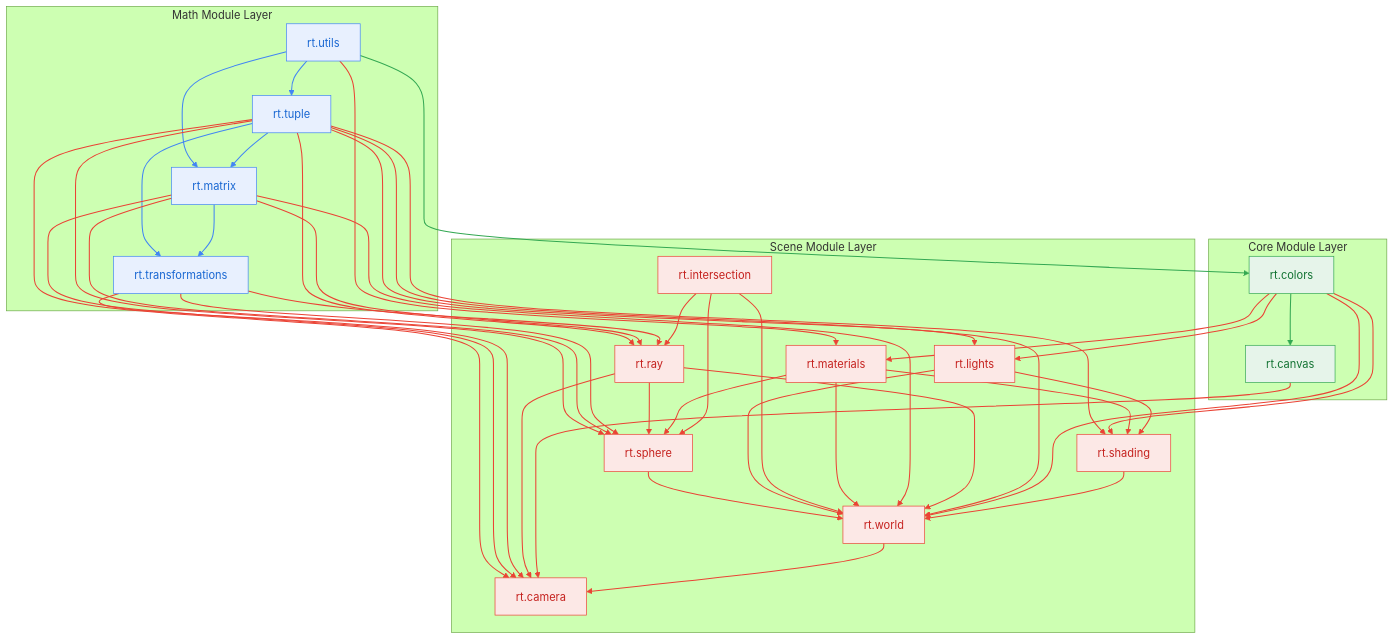
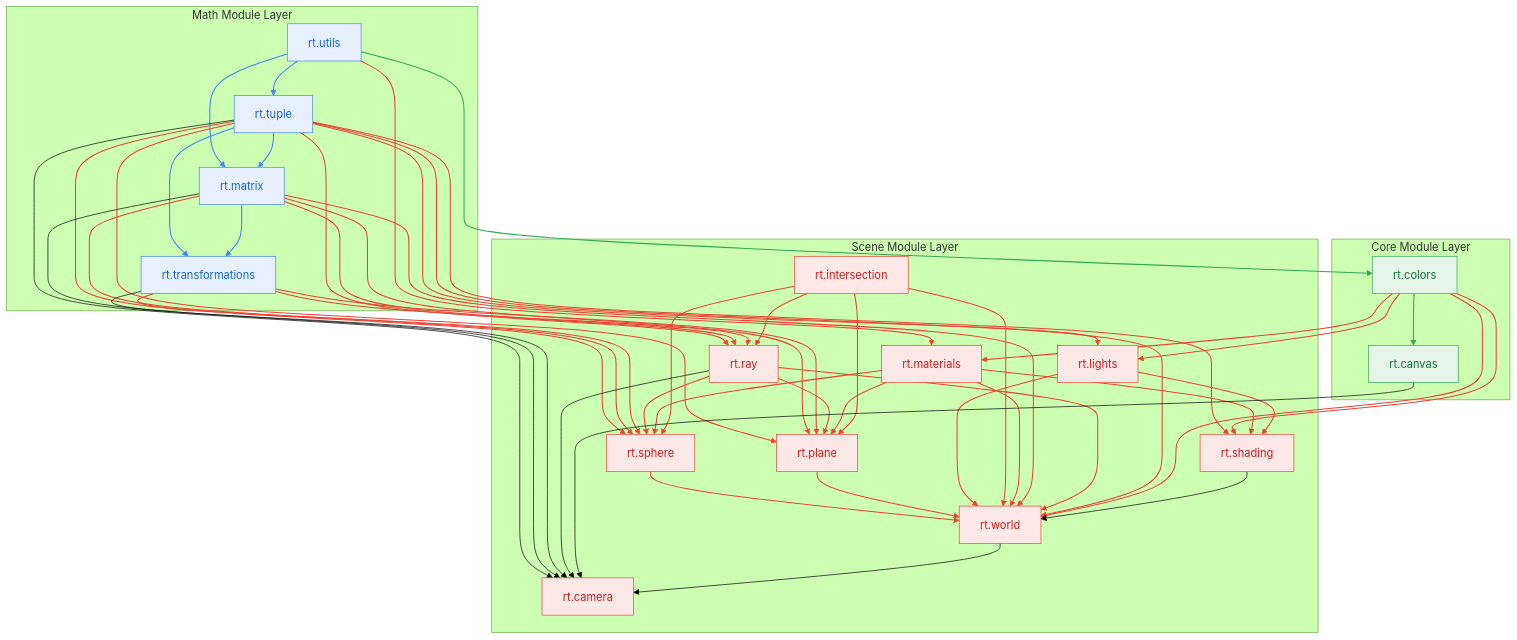
The diagram in documentation/references/C++Architecture.md (alessandrogpz/ray-tracer), drawn with Mermaid (forest theme) before and after one commit. The commit also changed other lines of this file and 10 other files, not shown here.

```diff
--- a/documentation/references/C++Architecture.md
+++ b/documentation/references/C++Architecture.md
@@ -52,6 +53,7 @@
         Lights[rt.lights]
         Materials[rt.materials]
         Sphere[rt.sphere]
+        Plane[rt.plane]
         Shading[rt.shading]
         World[rt.world]
         Camera[rt.camera]
@@ -87,12 +89,20 @@
     Materials --> Sphere
     Intersection --> Sphere
 
+    Tuple --> Plane
+    Matrix --> Plane
+    Transformations --> Plane
+    Ray --> Plane
+    Materials --> Plane
+    Intersection --> Plane
+
     Tuple --> Shading
     Colors --> Shading
     Materials --> Shading
     Lights --> Shading
 
     Sphere --> World
+    Plane --> World
     Lights --> World
     Intersection --> World
     Materials --> World
@@ -116,7 +126,7 @@
 
     class Utils,Tuple,Matrix,Transformations math;
     class Colors,Canvas core;
-    class Intersection,Ray,Lights,Materials,Sphere,Shading,World,Camera scene;
+    class Intersection,Ray,Lights,Materials,Sphere,Plane,Shading,World,Camera scene;
 
     %% Link Styling (matching target module colors)
     linkStyle 0,1,2,3,4 stroke:#4285F4,stroke-width:1.5px;
```
